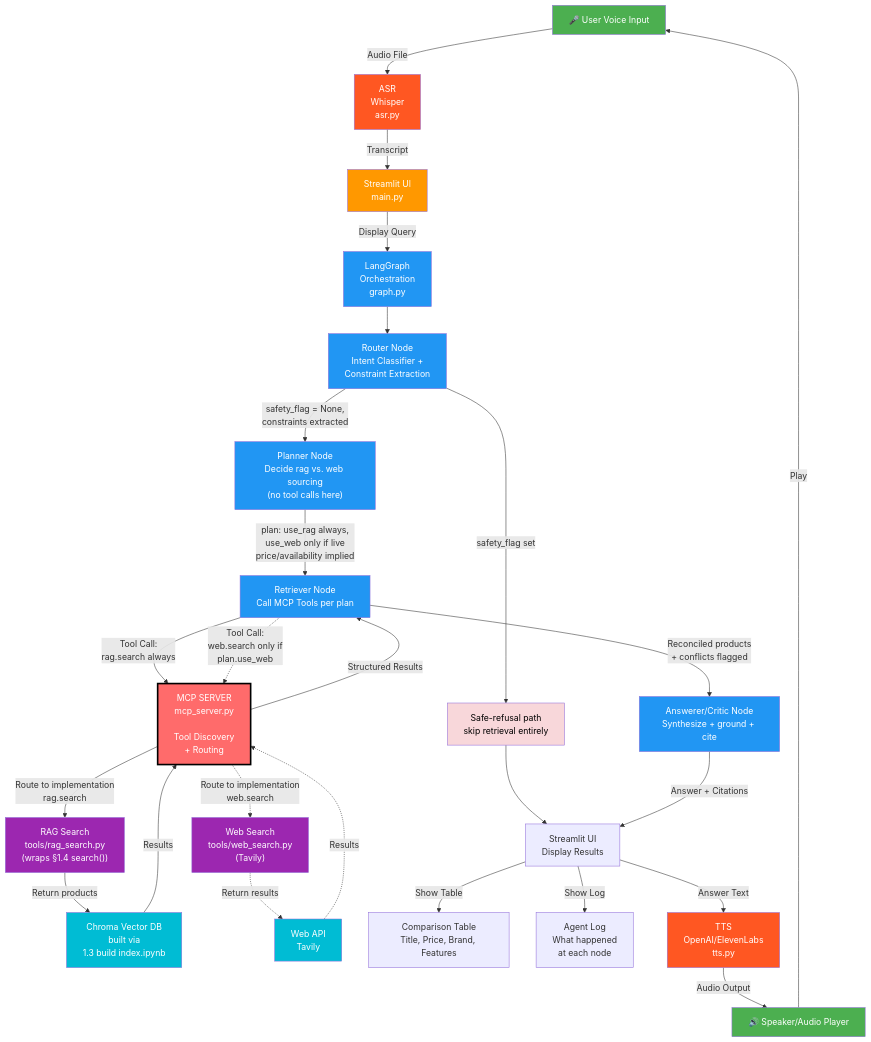
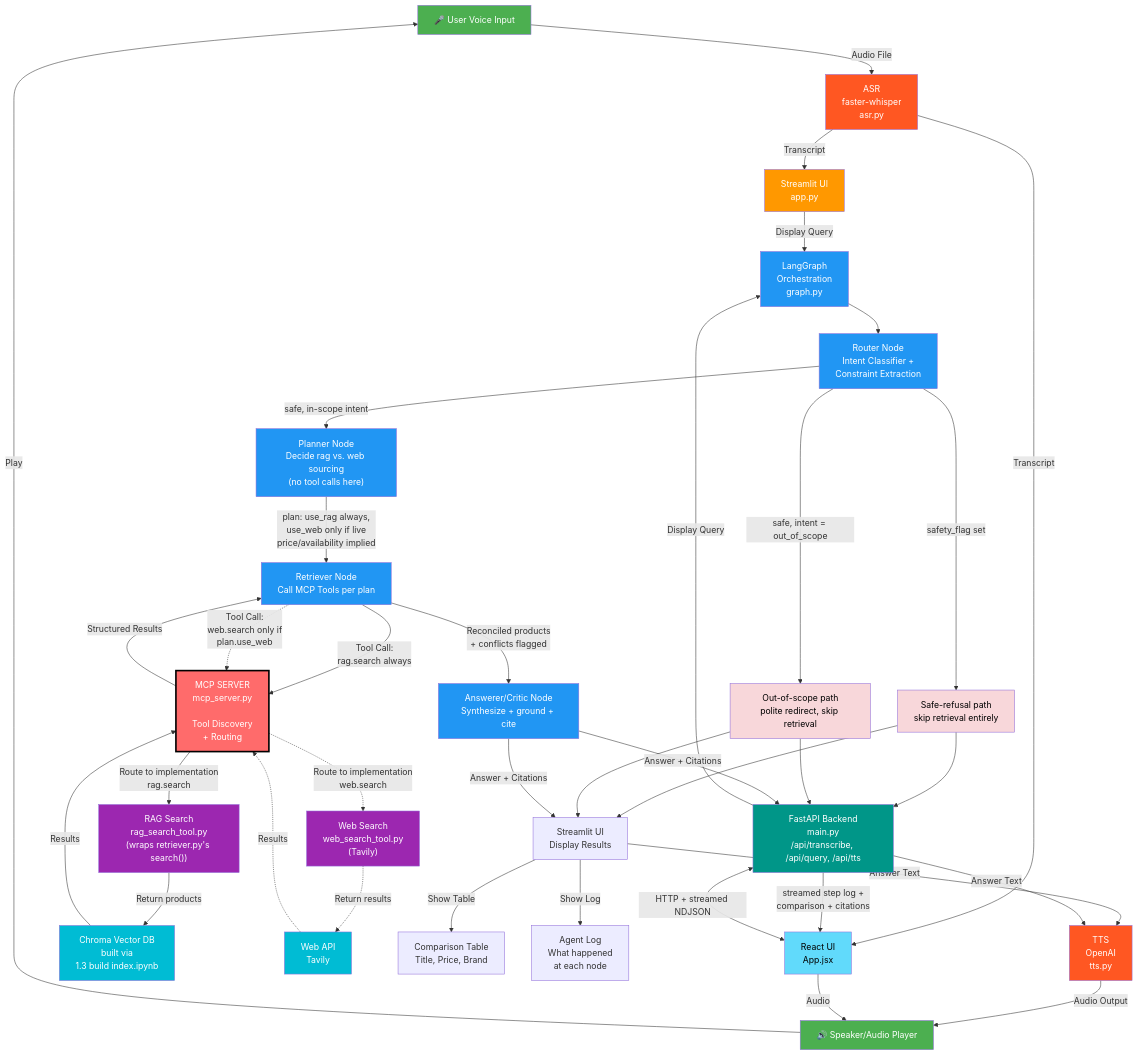
One commit to pareeyaporn/Agentic-Voice-to-Voice-AI changed the diagram in Architecture/architecture_with_mcp.mermaid. Above: the diagram before and after it, drawn with Mermaid. The commit also changed 1 other file, not shown here.

Commit message:
Update architecture diagram and README to reflect changes in ASR component and UI options

```diff
--- a/Architecture/architecture_with_mcp.mermaid
+++ b/Architecture/architecture_with_mcp.mermaid
@@ -1,58 +1,72 @@
 graph TD
-    A["🎤 User Voice Input"] -->|Audio File| B["ASR<br/>Whisper<br/>asr.py"]
+    A["🎤 User Voice Input"] -->|Audio File| B["ASR<br/>faster-whisper<br/>asr.py"]
 
-    B -->|Transcript| C["Streamlit UI<br/>main.py"]
+    B -->|Transcript| C["Streamlit UI<br/>app.py"]
+    B -->|Transcript| FE["React UI<br/>App.jsx"]
+    FE <-->|HTTP + streamed NDJSON| BE["FastAPI Backend<br/>main.py<br/>/api/transcribe, /api/query, /api/tts"]
 
     C -->|Display Query| D["LangGraph<br/>Orchestration<br/>graph.py"]
+    BE -->|Display Query| D
 
     D --> E["Router Node<br/>Intent Classifier +<br/>Constraint Extraction"]
 
     E -->|safety_flag set| S["Safe-refusal path<br/>skip retrieval entirely"]
-    E -->|safety_flag = None,<br/>constraints extracted| F["Planner Node<br/>Decide rag vs. web sourcing<br/>(no tool calls here)"]
+    E -->|safe, intent = out_of_scope| OOS["Out-of-scope path<br/>polite redirect, skip retrieval"]
+    E -->|safe, in-scope intent| F["Planner Node<br/>Decide rag vs. web sourcing<br/>(no tool calls here)"]
 
     F -->|plan: use_rag always,<br/>use_web only if live<br/>price/availability implied| R["Retriever Node<br/>Call MCP Tools per plan"]
 
     R -->|Tool Call:<br/>rag.search always| G["MCP SERVER<br/>mcp_server.py<br/><br/>Tool Discovery<br/>+ Routing"]
 
     R -.->|Tool Call:<br/>web.search only if<br/>plan.use_web| G
 
-    G -->|Route to implementation<br/>rag.search| H["RAG Search<br/>tools/rag_search.py<br/>(wraps §1.4 search())"]
-    G -.->|Route to implementation<br/>web.search| I["Web Search<br/>tools/web_search.py<br/>(Tavily)"]
+    G -->|Route to implementation<br/>rag.search| H["RAG Search<br/>rag_search_tool.py<br/>(wraps retriever.py's search())"]
+    G -.->|Route to implementation<br/>web.search| I["Web Search<br/>web_search_tool.py<br/>(Tavily)"]
 
     H -->|Return products| J["Chroma Vector DB<br/>built via<br/>1.3 build index.ipynb"]
     I -.->|Return results| K["Web API<br/>Tavily"]
 
     J -->|Results| G
     K -.->|Results| G
 
     G -->|Structured Results| R
 
     R -->|Reconciled products<br/>+ conflicts flagged| L["Answerer/Critic Node<br/>Synthesize + ground + cite"]
 
     S --> M["Streamlit UI<br/>Display Results"]
+    OOS --> M
     L -->|Answer + Citations| M
+    S --> BE
+    OOS --> BE
+    L -->|Answer + Citations| BE
 
-    M -->|Show Table| N["Comparison Table<br/>Title, Price, Brand, Features"]
+    M -->|Show Table| N["Comparison Table<br/>Title, Price, Brand"]
     M -->|Show Log| O["Agent Log<br/>What happened<br/>at each node"]
+    BE -->|streamed step log +<br/>comparison + citations| FE
 
-    M -->|Answer Text| P["TTS<br/>OpenAI/ElevenLabs<br/>tts.py"]
+    M -->|Answer Text| P["TTS<br/>OpenAI<br/>tts.py"]
+    BE -->|Answer Text| P
     P -->|Audio Output| Q["🔊 Speaker/Audio Player"]
+    FE -->|Audio| Q
 
     Q -->|Play| A
 
     style A fill:#4CAF50,color:#fff
     style Q fill:#4CAF50,color:#fff
     style D fill:#2196F3,color:#fff
     style E fill:#2196F3,color:#fff
     style F fill:#2196F3,color:#fff
     style R fill:#2196F3,color:#fff
     style L fill:#2196F3,color:#fff
     style S fill:#f8d7da,color:#000
+    style OOS fill:#f8d7da,color:#000
     style C fill:#FF9800,color:#fff
+    style FE fill:#61DAFB,color:#000
+    style BE fill:#009688,color:#fff
     style G fill:#FF6B6B,color:#fff,stroke:#000,stroke-width:3px
     style H fill:#9C27B0,color:#fff
     style I fill:#9C27B0,color:#fff
     style P fill:#FF5722,color:#fff
     style B fill:#FF5722,color:#fff
     style J fill:#00BCD4,color:#fff
     style K fill:#00BCD4,color:#fff
```
